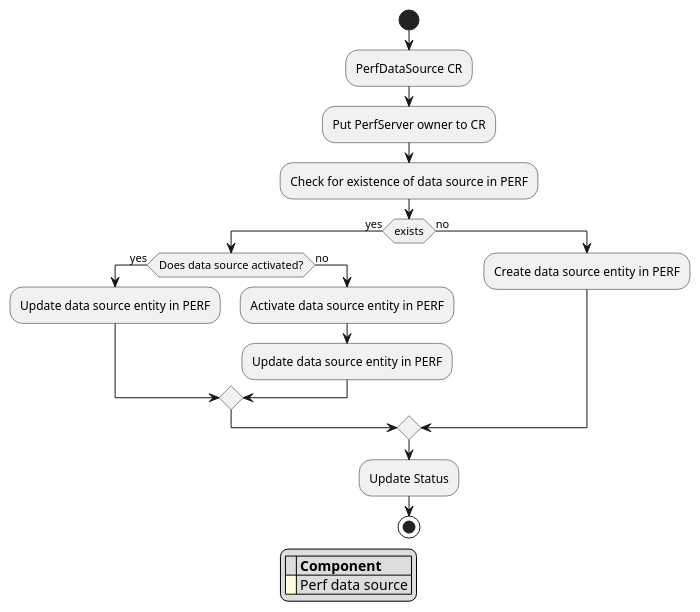
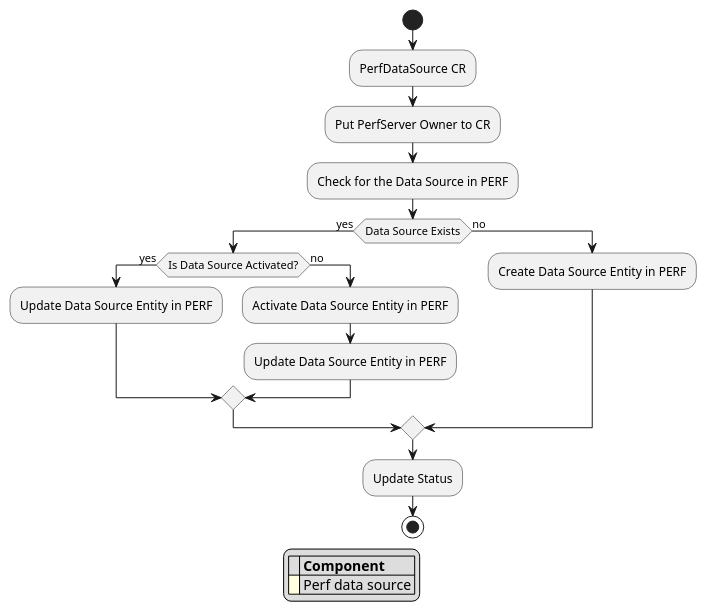
The diagram in documentation/puml/perf_data_source_chain.puml (epam/edp-perf-operator), drawn with PlantUML before and after one commit. The commit also changed 7 other files, not shown here.

```diff
--- a/documentation/puml/perf_data_source_chain.puml
+++ b/documentation/puml/perf_data_source_chain.puml
@@ -1,23 +1,23 @@
 @startuml
 start
 :PerfDataSource CR;
-:Put PerfServer owner to CR;
-:Check for existence of data source in PERF;
-if (exists) then (yes)
-    if (Does data source activated?) then (yes)
-        :Update data source entity in PERF;
+:Put PerfServer Owner to CR;
+:Check for the Data Source in PERF;
+if (Data Source Exists) then (yes)
+    if (Is Data Source Activated?) then (yes)
+        :Update Data Source Entity in PERF;
     else (no)
-        :Activate data source entity in PERF;
-        :Update data source entity in PERF;
+        :Activate Data Source Entity in PERF;
+        :Update Data Source Entity in PERF;
     endif
 else (no)
-    :Create data source entity in PERF;
+    :Create Data Source Entity in PERF;
 endif
 :Update Status;
 stop
 
 legend
 |= |= Component |
 |<back:#lightyellow>   </back>| Perf data source |
 endlegend
 @enduml
```
